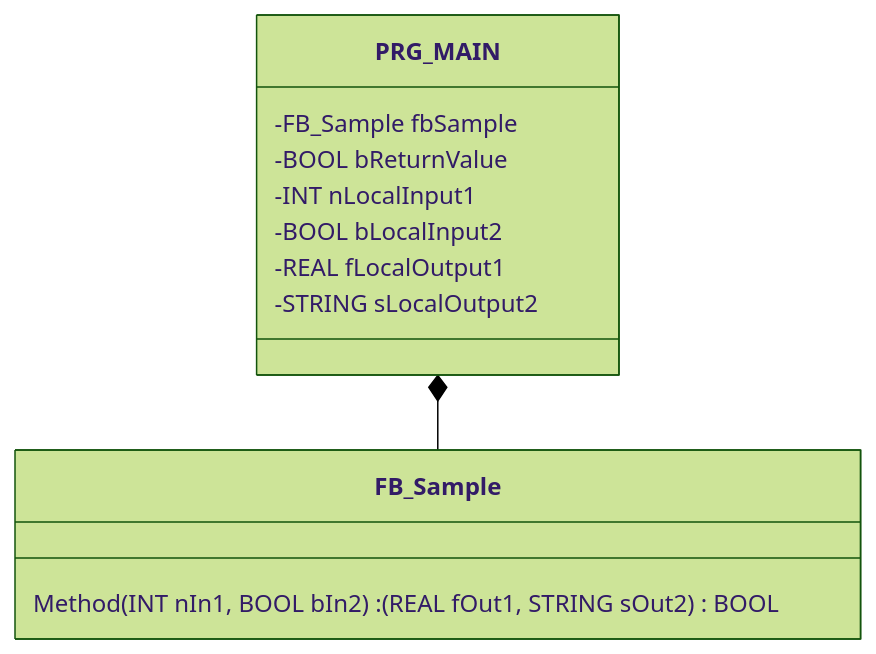
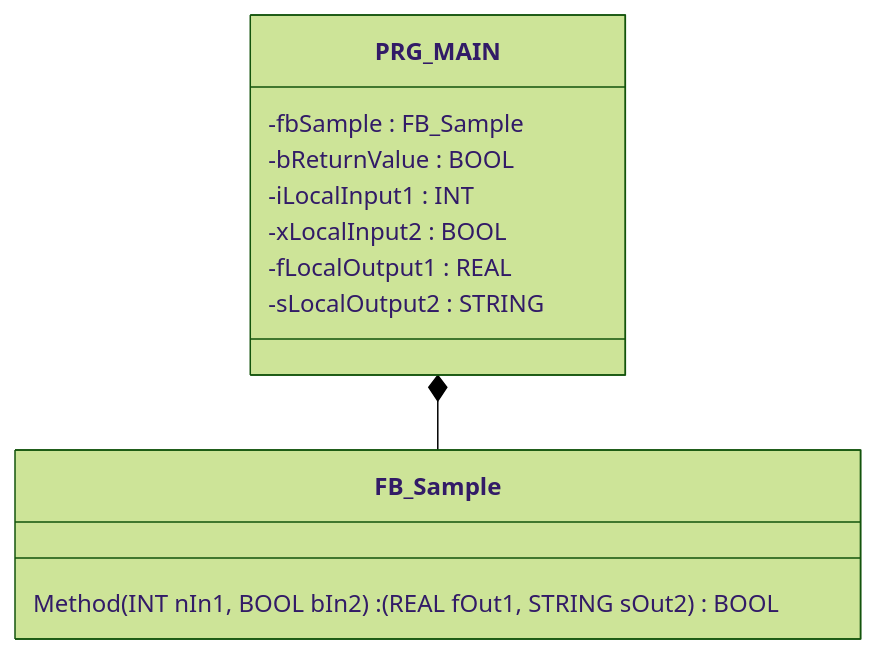
The second of 8 diagrams in AAut_MOD_01_IEC_61131_OOP_Introduction/README Reference.md (hei-synd-aaut/aaut-docs), drawn with Mermaid (forest theme) before and after one commit. The commit also changed other lines of this file and 12 other files, not shown here.

````diff
--- a/AAut_MOD_01_IEC_61131_OOP_Introduction/README Reference.md
+++ b/AAut_MOD_01_IEC_61131_OOP_Introduction/README Reference.md
@@ -293,17 +293,17 @@
 ```mermaid
 classDiagram
   class FB_Sample {
     Method(INT nIn1, BOOL bIn2) : (REAL fOut1, STRING sOut2) BOOL
   }
 
 class PRG_MAIN {
-  -FB_Sample fbSample
-  -BOOL bReturnValue
-  -INT nLocalInput1
-  -BOOL bLocalInput2
-  -REAL fLocalOutput1
-  -STRING sLocalOutput2
+  -fbSample : FB_Sample 
+  -bReturnValue : BOOL 
+  -iLocalInput1 : INT 
+  -xLocalInput2 : BOOL 
+  -fLocalOutput1 : REAL 
+  -sLocalOutput2 : STRING 
   }
 
   PRG_MAIN *-- FB_Sample
 ```
````
